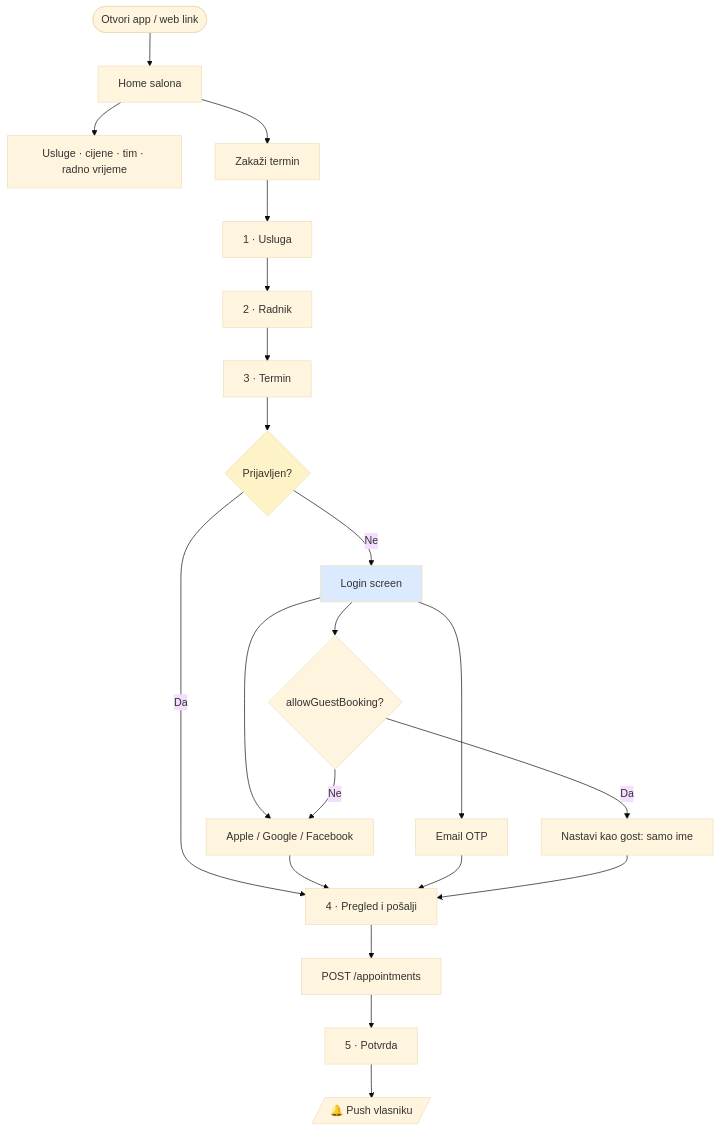
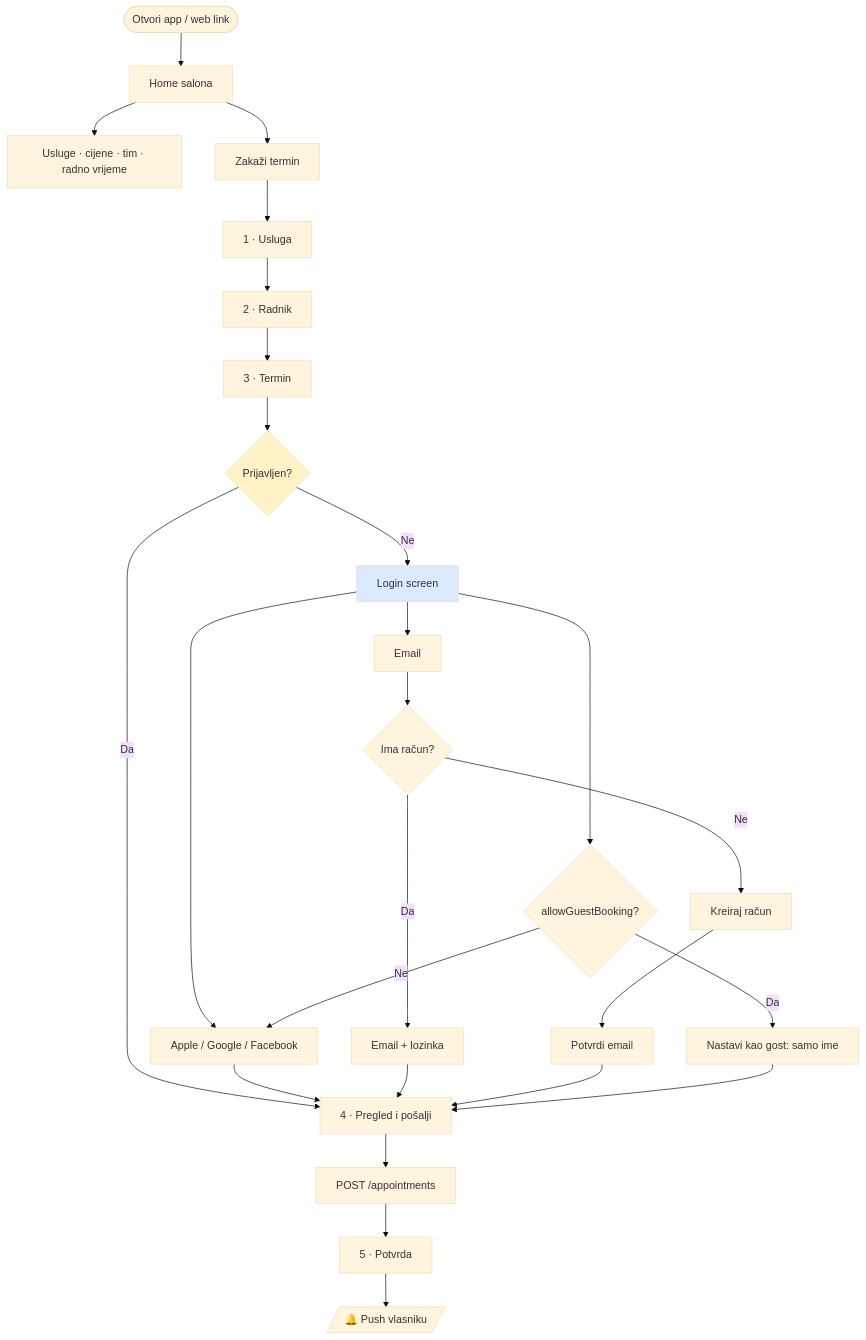
One commit to htuco/salon-booking-platform changed the diagram in docs/06-auth-login-flow.md. Above: the diagram before and after it, drawn with Mermaid (base theme). The commit also changed other lines of this file and 17 other files, not shown here.

````diff
--- a/docs/06-auth-login-flow.md
+++ b/docs/06-auth-login-flow.md
@@ -102,30 +115,35 @@
 ```mermaid
 flowchart TD
     START([Otvori app / web link]) --> HOME[Home salona]
     HOME --> BROWSE[Usluge · cijene · tim · radno vrijeme]
     HOME --> BOOK[Zakaži termin]
     BOOK --> S1[1 · Usluga]
     S1 --> S2[2 · Radnik]
     S2 --> S3[3 · Termin]
     S3 --> AUTH{Prijavljen?}
 
     AUTH -->|Da| S4[4 · Pregled i pošalji]
     AUTH -->|Ne| LOGIN[Login screen]
 
     LOGIN --> P1[Apple / Google / Facebook]
-    LOGIN --> P2[Email OTP]
+    LOGIN --> P2[Email]
+    P2 --> EMODE{Ima račun?}
+    EMODE -->|Da| EPASS[Email + lozinka]
+    EMODE -->|Ne| SIGNUP[Kreiraj račun]
+    SIGNUP --> CONFIRM[Potvrdi email]
     LOGIN --> GUEST{allowGuestBooking?}
     GUEST -->|Da| GFORM[Nastavi kao gost: samo ime]
     GUEST -->|Ne| P1
 
     P1 --> S4
-    P2 --> S4
+    EPASS --> S4
+    CONFIRM --> S4
     GFORM --> S4
 
     S4 --> POST[POST /appointments]
     POST --> OK[5 · Potvrda]
     OK --> PUSH[/🔔 Push vlasniku/]
 
     style AUTH fill:#fef3c7
     style LOGIN fill:#dbeafe
 ```
````
